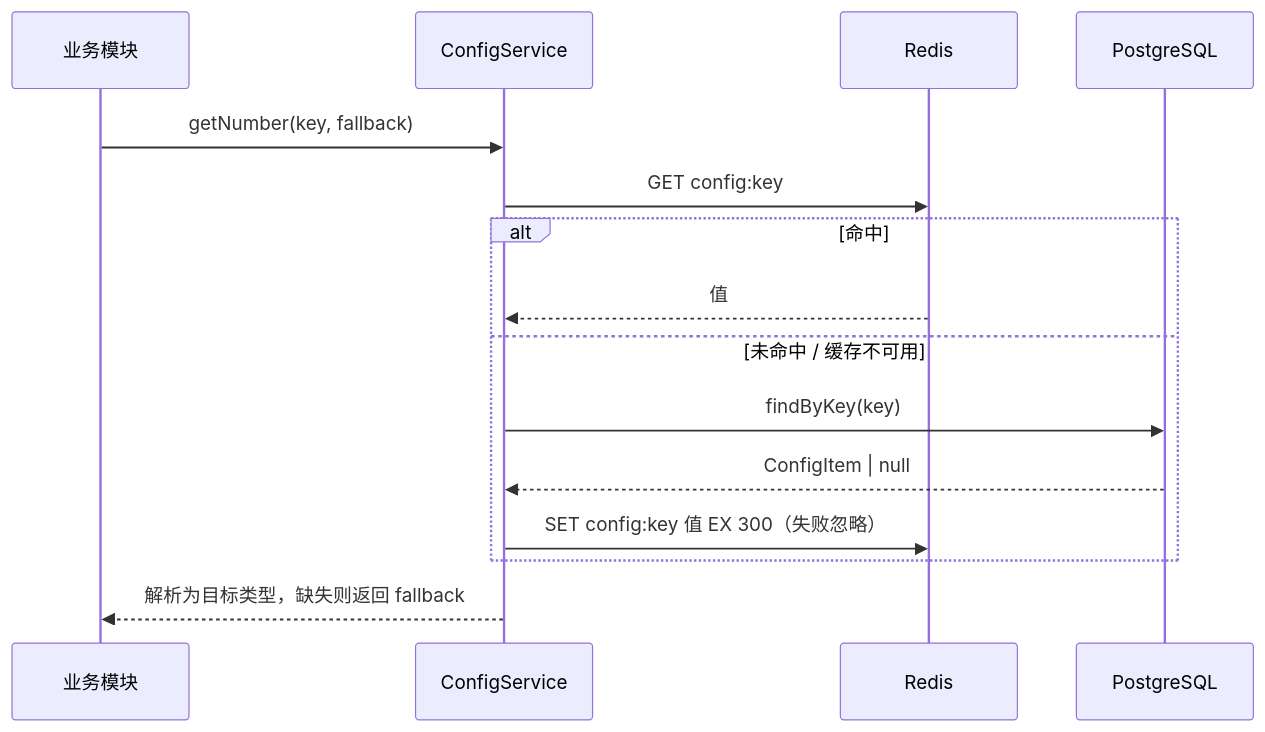
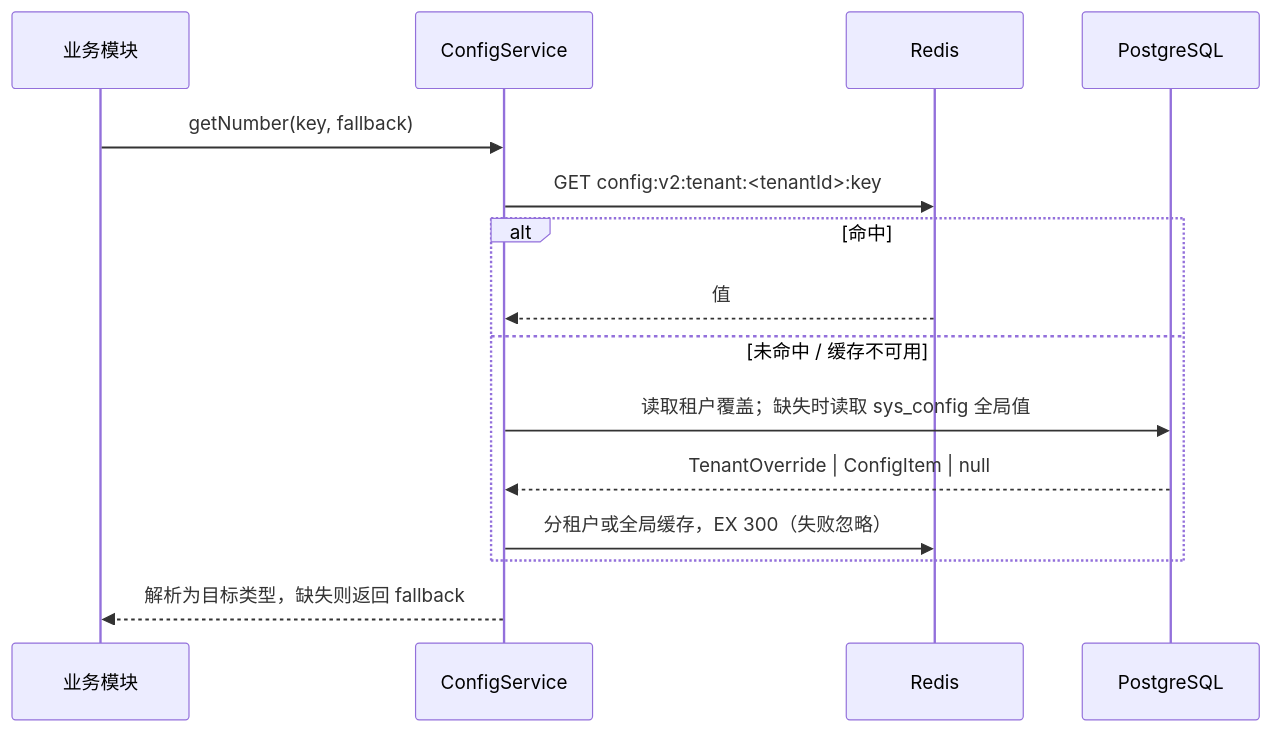
The second of 5 diagrams in docs/config-center.md (yiting001/E-sports-01), drawn with Mermaid before and after one commit. The commit also changed other lines of this file and 158 other files, not shown here.

````diff
--- a/docs/config-center.md
+++ b/docs/config-center.md
@@ -92,18 +104,18 @@
 ```mermaid
 sequenceDiagram
   participant M as 业务模块
   participant CS as ConfigService
   participant RD as Redis
   participant DB as PostgreSQL
 
   M->>CS: getNumber(key, fallback)
-  CS->>RD: GET config:key
+  CS->>RD: GET config:v2:tenant:<tenantId>:key
   alt 命中
     RD-->>CS: 值
   else 未命中 / 缓存不可用
-    CS->>DB: findByKey(key)
-    DB-->>CS: ConfigItem | null
-    CS->>RD: SET config:key 值 EX 300（失败忽略）
+    CS->>DB: 读取租户覆盖；缺失时读取 sys_config 全局值
+    DB-->>CS: TenantOverride | ConfigItem | null
+    CS->>RD: 分租户或全局缓存，EX 300（失败忽略）
   end
   CS-->>M: 解析为目标类型，缺失则返回 fallback
 ```
````
